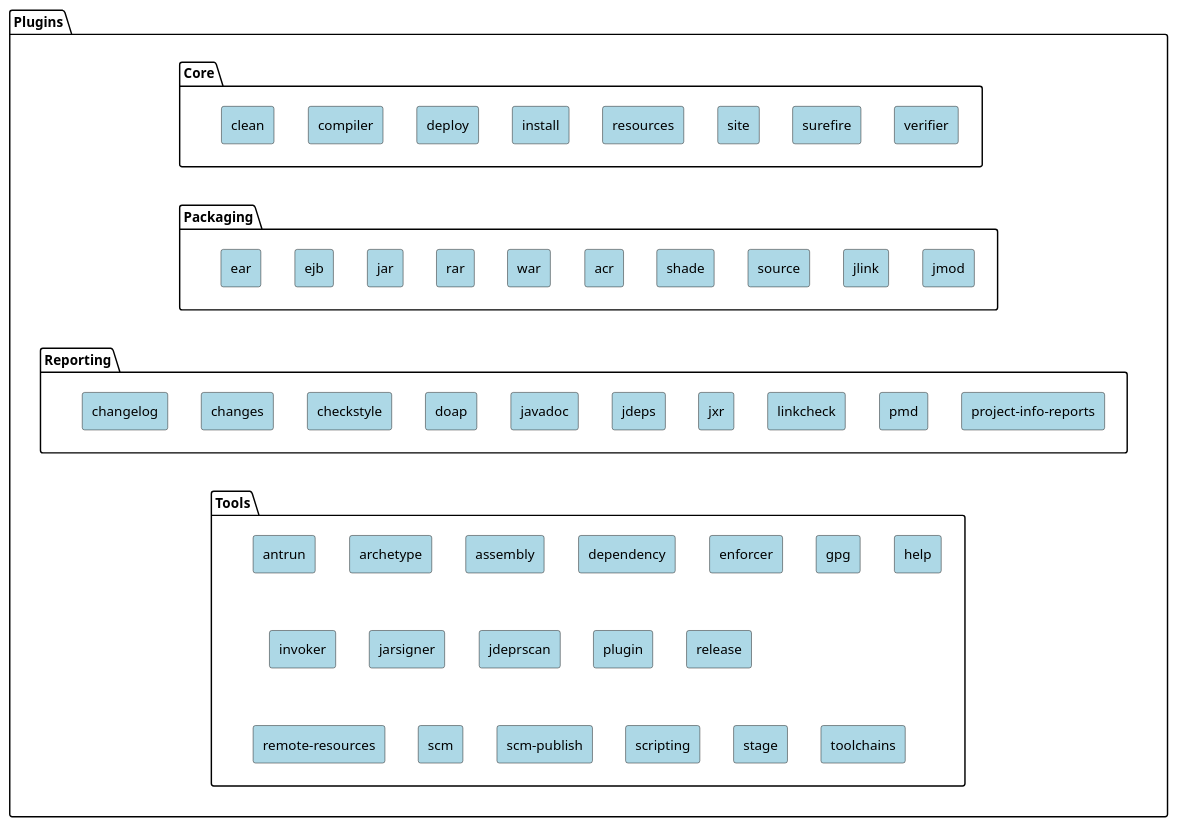
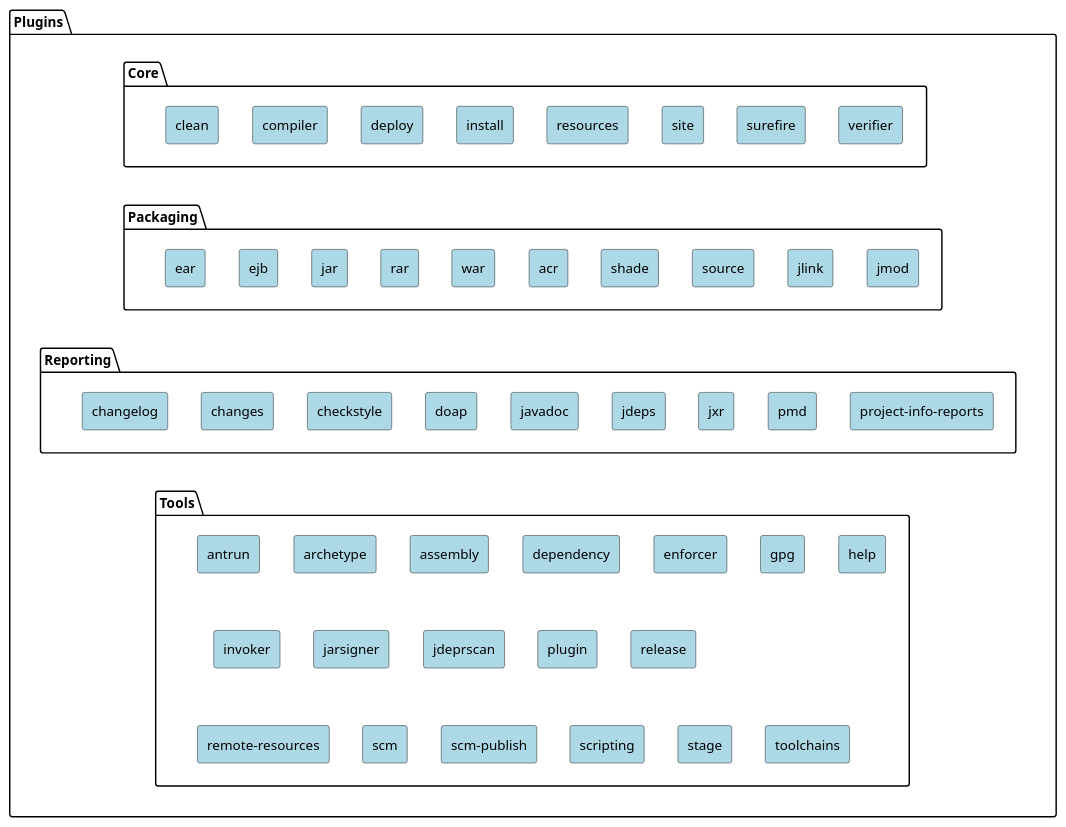
One commit to apache/maven-site changed the diagram in src/plantuml/maven-sources/plugins.puml. Above: the diagram before and after it, drawn with PlantUML. The commit also changed 3 other files, not shown here.

Commit message:
Make doxia-book-renderer, doxia-linkcheck, linkcheck-plugin retired

```diff
--- a/src/plantuml/maven-sources/plugins.puml
+++ b/src/plantuml/maven-sources/plugins.puml
@@ -19,177 +19,174 @@
 @startuml
 
 <style>
     rectangle {
         BackgroundColor LightBlue
     }
 }
 </style>
 
 package Plugins {
 
   package Core {
     rectangle clean
     rectangle compiler
     rectangle deploy
     rectangle install
     rectangle resources
     rectangle site
     rectangle surefire
     rectangle verifier
   }
 
   package Packaging {
     rectangle ear
     rectangle ejb
     rectangle jar
     rectangle rar
     rectangle war
     rectangle acr
     rectangle shade
     rectangle source
     rectangle jlink
     rectangle jmod
   }
 
   package Reporting {
     rectangle changelog
     rectangle changes
     rectangle checkstyle
     rectangle doap
     rectangle javadoc
     rectangle jdeps
     rectangle jxr
-    rectangle linkcheck
     rectangle pmd
     rectangle "project-info-reports"
   }
 
   package Tools{
     rectangle antrun
     rectangle archetype
     rectangle assembly
     rectangle dependency
     rectangle enforcer
     rectangle gpg
     rectangle help
     rectangle invoker
     rectangle jarsigner
     rectangle jdeprscan
     rectangle plugin
     rectangle release
     rectangle "remote-resources"
     rectangle scm
     rectangle "scm-publish"
     rectangle scripting
     rectangle stage
     rectangle toolchains
   }
 }
 
 'hidden dependencies to change layout
 Core      -[hidden]down-> Packaging
 Packaging -[hidden]down-> Reporting
 Packaging -[hidden]down-> Tools
 Reporting -[hidden]down-> Tools
 
 clean     -[hidden]> compiler
 compiler  -[hidden]> deploy
 deploy    -[hidden]> install
 install   -[hidden]> resources
 resources -[hidden]> site
 site      -[hidden]> surefire
 surefire  -[hidden]> verifier
 
 ear       -[hidden]> ejb
 ejb       -[hidden]> jar
 jar       -[hidden]> rar
 rar       -[hidden]> war
 war       -[hidden]> acr
 acr       -[hidden]> shade
 shade     -[hidden]> source
 source    -[hidden]> jlink
 jlink     -[hidden]> jmod
 
 changelog -[hidden]> changes
 changes  -[hidden]> checkstyle
 checkstyle -[hidden]> doap
 doap -[hidden]> javadoc
 javadoc -[hidden]> jdeps
 jdeps -[hidden]> jxr
-jxr  -[hidden]> linkcheck
-linkcheck -[hidden]> pmd
+jxr  -[hidden]> pmd
 pmd -[hidden]> "project-info-reports"
 
 antrun -[hidden]> archetype
 archetype -[hidden]> assembly
 assembly -[hidden]> dependency
 dependency -[hidden]> enforcer
 enforcer -[hidden]> gpg
 gpg -[hidden]> help
 
 antrun -[hidden]down->invoker
 invoker -[hidden]> jarsigner
 jarsigner -[hidden]> jdeprscan
 jdeprscan -[hidden]> plugin
 plugin -[hidden]> release
 invoker -[hidden]down->"remote-resources"
 "remote-resources" -[hidden]> scm
 scm -[hidden]> "scm-publish"
 "scm-publish" -[hidden]> scripting
 scripting -[hidden]> stage
 stage -[hidden]> toolchains
 
 
 
 url of clean is [[https://github.com/apache/maven-clean-plugin]]
 url of compiler is [[https://github.com/apache/maven-compiler-plugin]]
 url of deploy is [[https://github.com/apache/maven-deploy-plugin]]
 url of install is [[https://github.com/apache/maven-install-plugin]]
 url of resources is [[https://github.com/apache/maven-resources-plugin]]
 url of site is [[https://github.com/apache/maven-site-plugin]]
 url of surefire is [[https://github.com/apache/maven-surefire]]
 url of verifier is [[https://github.com/apache/maven-verifier-plugin]]
 
 url of ear is [[https://github.com/apache/maven-ear-plugin]]
 url of ejb is [[https://github.com/apache/maven-ejb-plugin]]
 url of jar is [[https://github.com/apache/maven-jar-plugin]]
 url of rar is [[https://github.com/apache/maven-rar-plugin]]
 url of war is [[https://github.com/apache/maven-war-plugin]]
 url of acr is [[https://github.com/apache/maven-acr-plugin]]
 url of shade is [[https://github.com/apache/maven-shade-plugin]]
 url of source is [[https://github.com/apache/maven-source-plugin]]
 url of jlink is [[https://github.com/apache/maven-jlink-plugin]]
 url of jmod is [[https://github.com/apache/maven-jmod-plugin]]
 
 url of changelog is [[https://github.com/apache/maven-changelog-plugin]]
 url of changes is [[https://github.com/apache/maven-changes-plugin]]
 url of checkstyle is [[https://github.com/apache/maven-checkstyle-plugin]]
 url of doap is [[https://github.com/apache/maven-doap-plugin]]
 url of javadoc is [[https://github.com/apache/maven-javadoc-plugin]]
 url of jdeps is [[https://github.com/apache/maven-jdeps-plugin]]
 url of jxr is [[https://github.com/apache/maven-jxr]]
-url of linkcheck is [[https://github.com/apache/maven-linkcheck-plugin]]
 url of pmd is [[https://github.com/apache/maven-pmd-plugin]]
 url of "project-info-reports" is [[https://github.com/apache/maven-project-info-reports-plugin]]
 
 url of antrun is [[https://github.com/apache/maven-antrun-plugin]]
 url of archetype is [[https://github.com/apache/maven-archetype]]
 url of assembly is [[https://github.com/apache/maven-assembly-plugin]]
 url of dependency is [[https://github.com/apache/maven-dependency-plugin]]
 url of enforcer is [[https://github.com/apache/maven-enforcer]]
 url of gpg is [[https://github.com/apache/maven-gpg-plugin]]
 url of help is [[https://github.com/apache/maven-help-plugin]]
 url of invoker is [[https://github.com/apache/maven-invoker-plugin]]
 url of jarsigner is [[https://github.com/apache/maven-jarsigner-plugin]]
 url of jdeprscan is [[https://github.com/apache/maven-jdeprscan-plugin]]
 url of plugin is [[https://github.com/apache/maven-plugin-tools]]
 url of release is [[https://github.com/apache/maven-release]]
 url of "remote-resources" is [[https://github.com/apache/maven-remote-resources-plugin]]
 url of scm is [[https://github.com/apache/maven-scm]]
 url of "scm-publish" is [[https://github.com/apache/maven-scm-publish-plugin]]
 url of scripting is [[https://github.com/apache/maven-scripting-plugin]]
 url of stage is [[https://github.com/apache/maven-stage-plugin]]
 url of toolchains is [[https://github.com/apache/maven-toolchains-plugin]]
 
 
 @enduml
```
